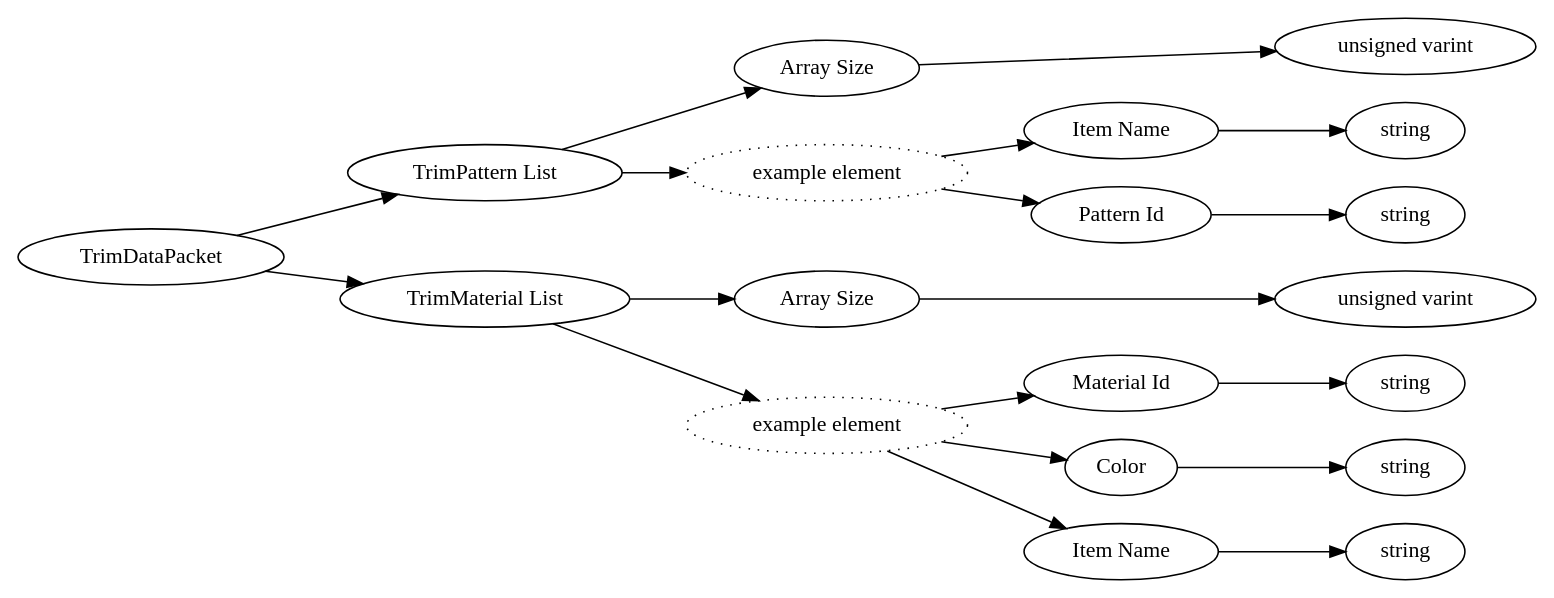
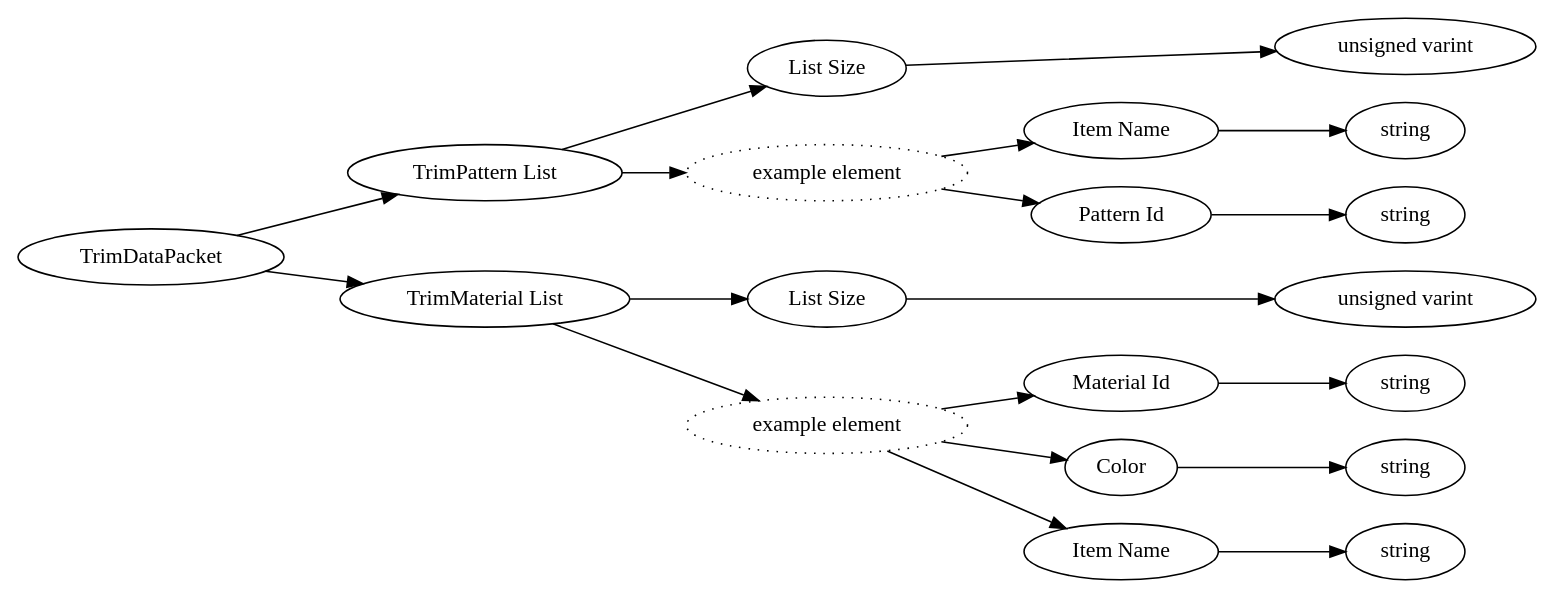
One commit to Mojang/bedrock-protocol-docs changed the diagram in dot/TrimDataPacket.dot. Above: the diagram before and after it, drawn with Graphviz. The commit also changed 460 other files, not shown here.

```diff
--- a/dot/TrimDataPacket.dot
+++ b/dot/TrimDataPacket.dot
@@ -1,44 +1,44 @@
 digraph "TrimDataPacket" {
 rankdir = LR
 0
 0 -> 1
 1 -> 2
 2 -> 3
 1 -> 4
 4 -> 5
 5 -> 6
 4 -> 7
 7 -> 8
 0 -> 9
 9 -> 10
 10 -> 11
 9 -> 12
 12 -> 13
 13 -> 14
 12 -> 15
 15 -> 16
 12 -> 17
 17 -> 18
 
 0 [label="TrimDataPacket",comment="name: \"TrimDataPacket\", typeName: \"\", id: 0, branchId: 302, recurseId: -1, attributes: 0, notes: \"\""];
 1 [label="TrimPattern List",comment="name: \"TrimPattern List\", typeName: \"\", id: 1, branchId: 0, recurseId: -1, attributes: 8, notes: \"\""];
-2 [label="Array Size",comment="name: \"Array Size\", typeName: \"\", id: 2, branchId: 0, recurseId: -1, attributes: 0, notes: \"\""];
+2 [label="List Size",comment="name: \"List Size\", typeName: \"\", id: 2, branchId: 0, recurseId: -1, attributes: 0, notes: \"\""];
 3 [label="unsigned varint",comment="name: \"unsigned varint\", typeName: \"\", id: 3, branchId: 0, recurseId: -1, attributes: 512, notes: \"\""];
 4 [label="example element",style=dotted,comment="name: \"example element\", typeName: \"\", id: 4, branchId: 0, recurseId: -1, attributes: 16, notes: \"\""];
 5 [label="Item Name",comment="name: \"Item Name\", typeName: \"\", id: 5, branchId: 0, recurseId: -1, attributes: 0, notes: \"\""];
 6 [label="string",comment="name: \"string\", typeName: \"\", id: 6, branchId: 0, recurseId: -1, attributes: 512, notes: \"\""];
 7 [label="Pattern Id",comment="name: \"Pattern Id\", typeName: \"\", id: 7, branchId: 0, recurseId: -1, attributes: 0, notes: \"\""];
 8 [label="string",comment="name: \"string\", typeName: \"\", id: 8, branchId: 0, recurseId: -1, attributes: 512, notes: \"\""];
 9 [label="TrimMaterial List",comment="name: \"TrimMaterial List\", typeName: \"\", id: 9, branchId: 0, recurseId: -1, attributes: 8, notes: \"\""];
-10 [label="Array Size",comment="name: \"Array Size\", typeName: \"\", id: 10, branchId: 0, recurseId: -1, attributes: 0, notes: \"\""];
+10 [label="List Size",comment="name: \"List Size\", typeName: \"\", id: 10, branchId: 0, recurseId: -1, attributes: 0, notes: \"\""];
 11 [label="unsigned varint",comment="name: \"unsigned varint\", typeName: \"\", id: 11, branchId: 0, recurseId: -1, attributes: 512, notes: \"\""];
 12 [label="example element",style=dotted,comment="name: \"example element\", typeName: \"\", id: 12, branchId: 0, recurseId: -1, attributes: 16, notes: \"\""];
 13 [label="Material Id",comment="name: \"Material Id\", typeName: \"\", id: 13, branchId: 0, recurseId: -1, attributes: 0, notes: \"\""];
 14 [label="string",comment="name: \"string\", typeName: \"\", id: 14, branchId: 0, recurseId: -1, attributes: 512, notes: \"\""];
 15 [label="Color",comment="name: \"Color\", typeName: \"\", id: 15, branchId: 0, recurseId: -1, attributes: 0, notes: \"\""];
 16 [label="string",comment="name: \"string\", typeName: \"\", id: 16, branchId: 0, recurseId: -1, attributes: 512, notes: \"\""];
 17 [label="Item Name",comment="name: \"Item Name\", typeName: \"\", id: 17, branchId: 0, recurseId: -1, attributes: 0, notes: \"\""];
 18 [label="string",comment="name: \"string\", typeName: \"\", id: 18, branchId: 0, recurseId: -1, attributes: 512, notes: \"\""];
 { rank = max;3;6;8;11;14;16;18}
 
 }
```
